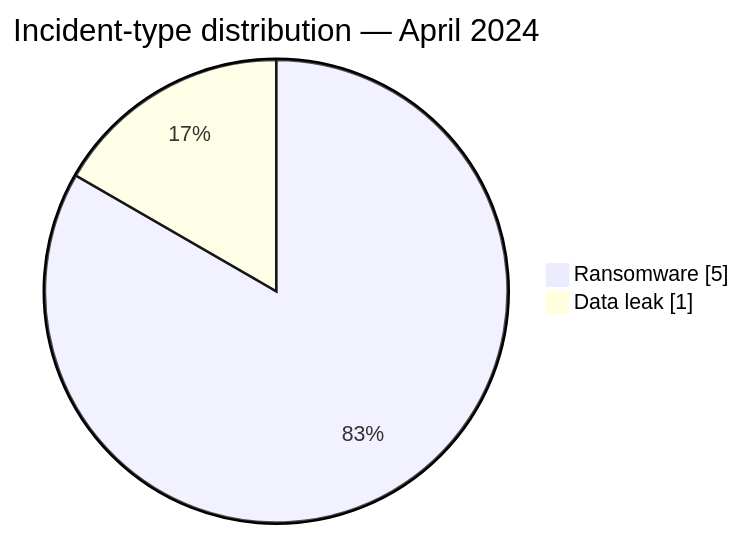
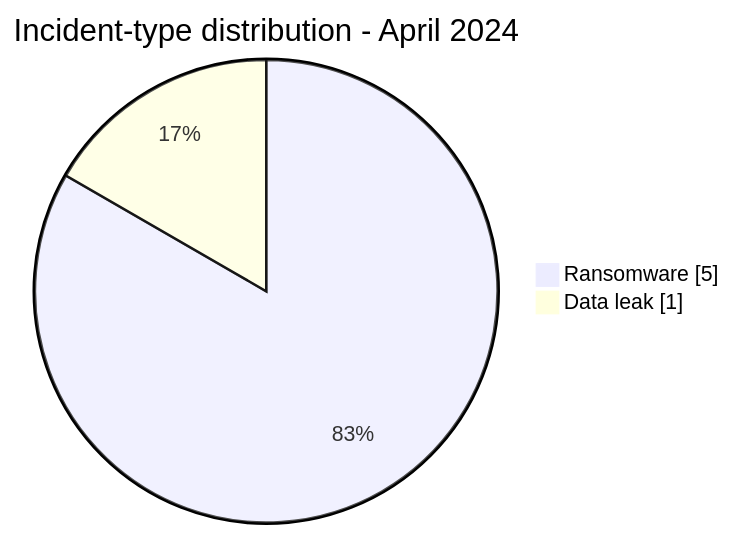
The second of 2 diagrams in CyberAttackAfrica/2024/04-april/README.md (Hatchepsoute/AFRINTEL), drawn with Mermaid before and after one commit. The commit also changed other lines of this file and 182 other files, not shown here.

````diff
--- a/CyberAttackAfrica/2024/04-april/README.md
+++ b/CyberAttackAfrica/2024/04-april/README.md
@@ -52,6 +52,6 @@
 ```mermaid
 pie showData
-    title Incident-type distribution — April 2024
+    title Incident-type distribution - April 2024
     "Ransomware" : 5
     "Data leak" : 1
 ```
````
